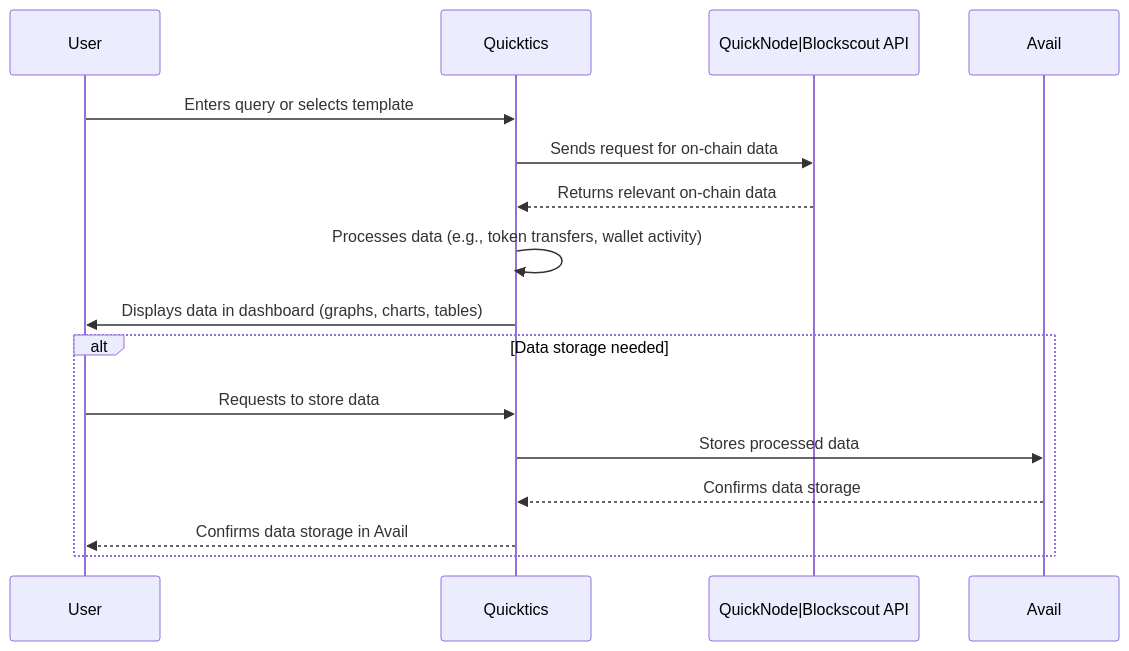
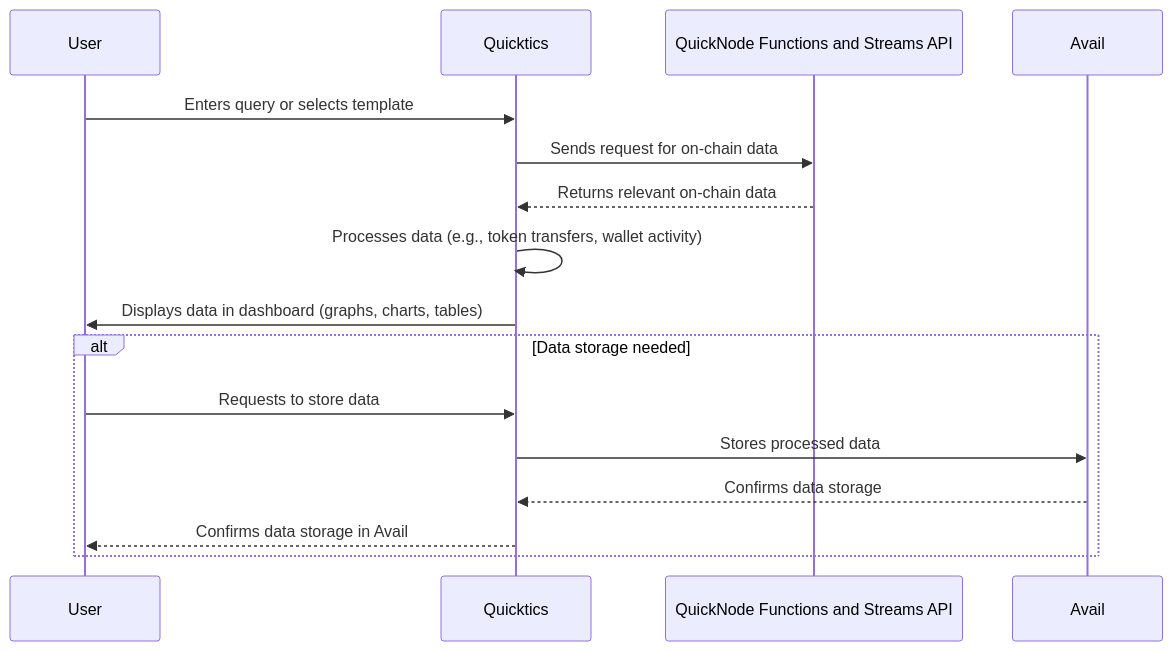
Before and after one commit to Quicktics/code: the diagram in README.md, drawn with Mermaid. The commit also changed other lines of this file, not shown here.

````diff
--- a/README.md
+++ b/README.md
@@ -37,20 +33,19 @@
 ```mermaid
 sequenceDiagram
     participant User
     participant Quicktics
-    participant QuickNode|Blockscout API
-    participant Avail
+    participant QuickNode Functions and Streams API
 
     User->>Quicktics: Enters query or selects template
-    Quicktics->>QuickNode|Blockscout API: Sends request for on-chain data
-    QuickNode|Blockscout API-->>Quicktics: Returns relevant on-chain data
+    Quicktics->>QuickNode Functions and Streams API: Sends request for on-chain data
+    QuickNode Functions and Streams API-->>Quicktics: Returns relevant on-chain data
     Quicktics->>Quicktics: Processes data (e.g., token transfers, wallet activity)
     Quicktics->>User: Displays data in dashboard (graphs, charts, tables)
     
     alt Data storage needed
         User->>Quicktics: Requests to store data
         Quicktics->>Avail: Stores processed data
         Avail-->>Quicktics: Confirms data storage
         Quicktics-->>User: Confirms data storage in Avail
     end
 ```
````
